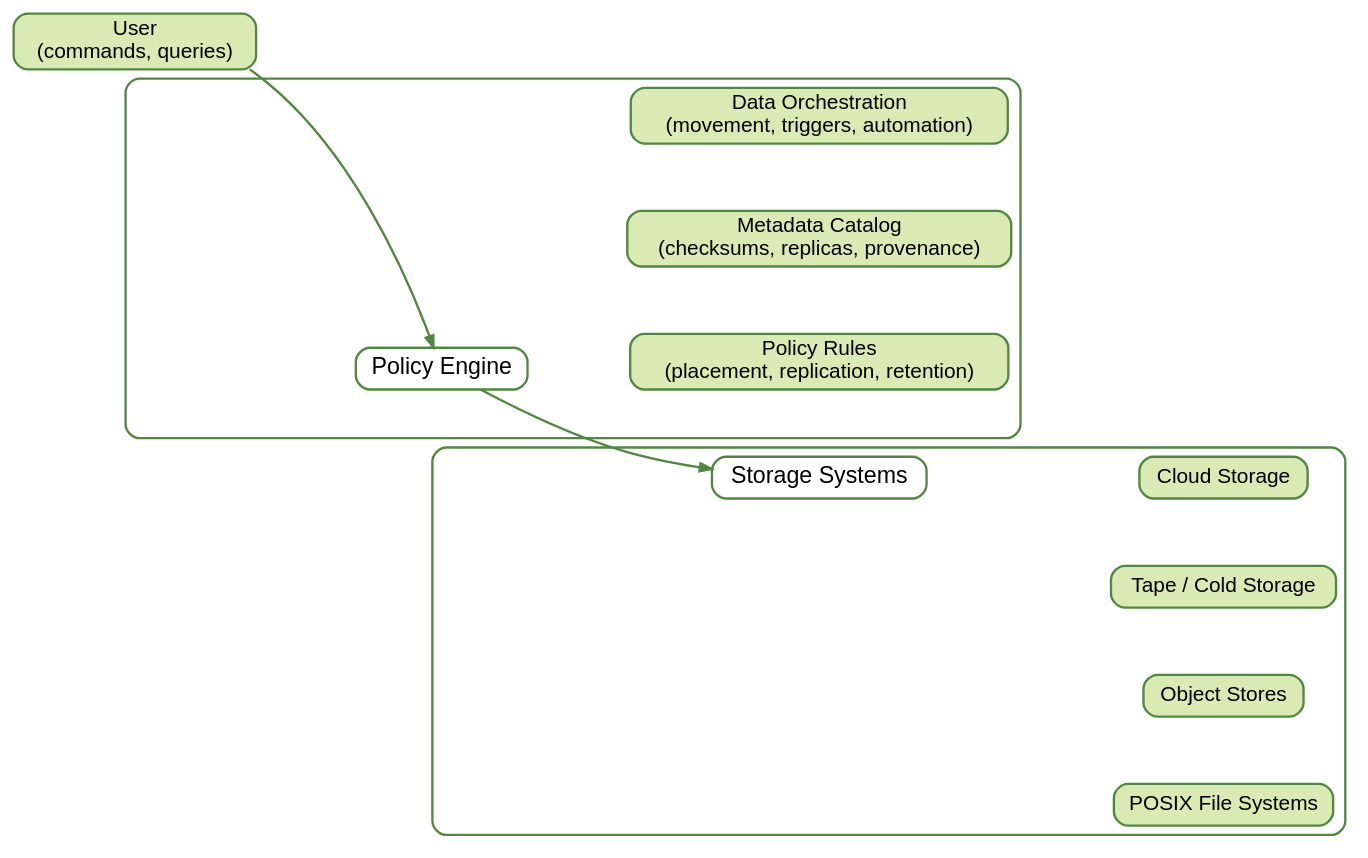
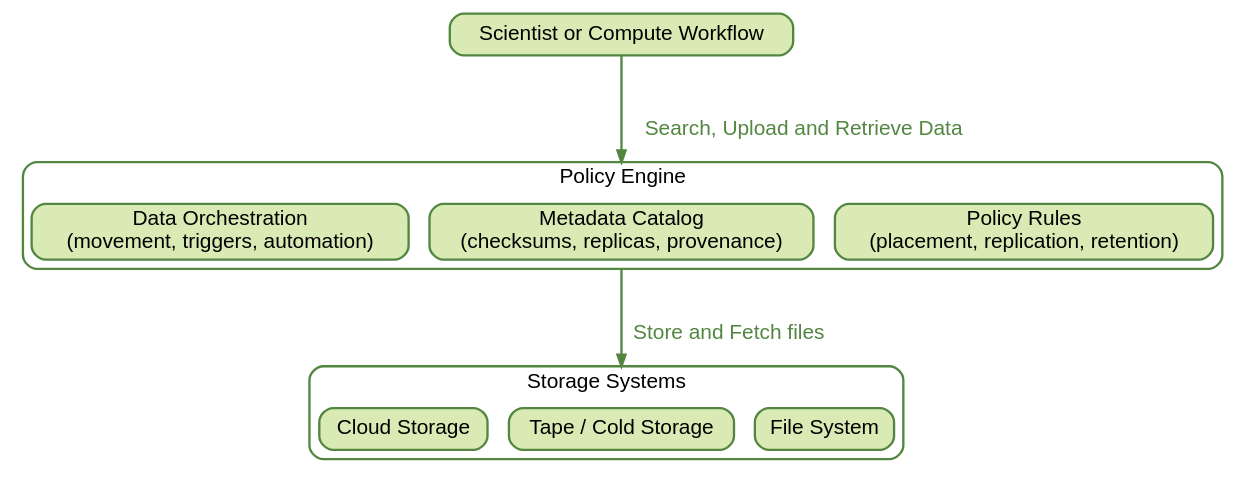
One commit to chStaiger/rdm-tech-foundations changed the first of 6 diagrams in book/policy-engines.qmd. Above: the diagram before and after it, drawn with Graphviz. The commit also changed other lines of this file, not shown here.

Commit message:
improve graphs

````diff
--- a/book/policy-engines.qmd
+++ b/book/policy-engines.qmd
@@ -58,18 +58,18 @@
 ```{dot}
-//| label: fig-1
+//| label: fig-policy-engines
 //| fig-cap: Policy engines coordinate storage, enabling metadata‑driven automation and consistent digital‑object management across distributed systems.
 //| fig-align: center
-//| fig-width: 10
+//| fig-width: 8
 
 digraph policy_engines {
 
     graph [
-        rankdir=LR,
+        rankdir=TB,
         bgcolor="white",
         fontname="Helvetica",
         fontsize=18,
-        nodesep=0.8,
-        ranksep=1.2
+        ranksep=1.5,
+        compound=True
     ];
 
     node [
@@ -90,42 +90,23 @@
         penwidth=2
     ];
 
-    // ----------------------------------------------------
-    // User node
-    // ----------------------------------------------------
-    User [label="User\n(commands, queries)"];
+    User [label="Scientist or Compute Workflow"];
 
     // ----------------------------------------------------
     // Policy Engine cluster with vertical stacking
     // ----------------------------------------------------
     subgraph cluster_policy {
-        label="";
+        label="Policy Engine";
         color="#528641";
         penwidth=2;
         style="rounded";
 
-        // Header node (no fill)
-        PolicyHeader [
-            label="Policy Engine",
-            shape=box,
-            style="rounded",
-            color="#528641",
-            fillcolor="white",
-            penwidth=2,
-            fontsize=20
-        ];
 
         // Cluster nodes
         Rules         [label="Policy Rules\n(placement, replication, retention)"];
         Catalog       [label="Metadata Catalog\n(checksums, replicas, provenance)"];
+        
         Orchestration [label="Data Orchestration\n(movement, triggers, automation)"];
-
-        PolicyHeader -> Rules         [style=invis, weight=50];
-        PolicyHeader -> Catalog       [style=invis, weight=50];
-        PolicyHeader -> Orchestration [style=invis, weight=50];
-        
-        TopPolicyAnchor [shape=point, width=0, height=0, label="", style=invis];
-		TopPolicyAnchor -> PolicyHeader [style=invis, weight=500];
 
     }
 
@@ -133,46 +114,22 @@
     // Storage Systems cluster with vertical stacking
     // ----------------------------------------------------
     subgraph cluster_storage {
-        label="";
+        label="Storage Systems";
         color="#528641";
         penwidth=2;
         style="rounded";
 
-        // Header node (no fill)
-        StorageHeader [
-            label="Storage Systems",
-            shape=box,
-            style="rounded",
-            color="#528641",
-            fillcolor="white",
-            penwidth=2,
-            fontsize=20
-        ];
-
         // Cluster nodes
-        POSIX      [label="POSIX File Systems"];
-        Object     [label="Object Stores"];
+        File     [label="File System"];
         Tape       [label="Tape / Cold Storage"];
         CloudStore [label="Cloud Storage"];
-
-        // ⭐ Invisible vertical chain (forces stacking)
-        StorageHeader -> POSIX      [style=invis, weight=50];
-        StorageHeader -> Object      [style=invis, weight=50];
-       StorageHeader -> Tape        [style=invis, weight=50];
-        StorageHeader -> CloudStore  [style=invis, weight=50];
-        TopStorageAnchor [shape=point, width=0, height=0, label="", style=invis];
-		TopStorageAnchor -> StorageHeader [style=invis, weight=500];
-
     }
 
     // ----------------------------------------------------
     // Edges between clusters via header nodes
     // ----------------------------------------------------
-    User -> PolicyHeader;
-
-    PolicyHeader -> StorageHeader;
-    TopPolicyAnchor -> TopStorageAnchor [style=invis, weight=1000];
+    User -> Catalog [label="Search, Upload and Retrieve Data ", lhead="cluster_policy",];
+    Catalog -> Tape [label="Store and Fetch files", ltail="cluster_policy", lhead="cluster_storage"];
 
 }
-
 ```
````
